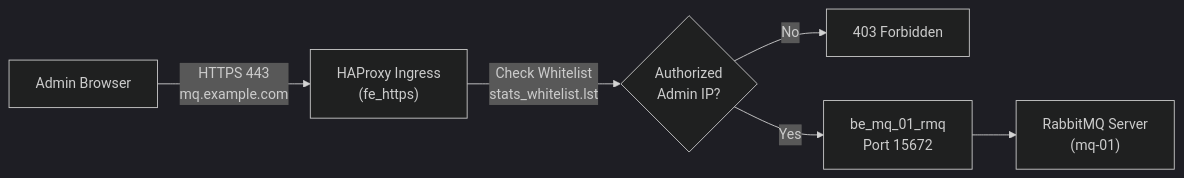
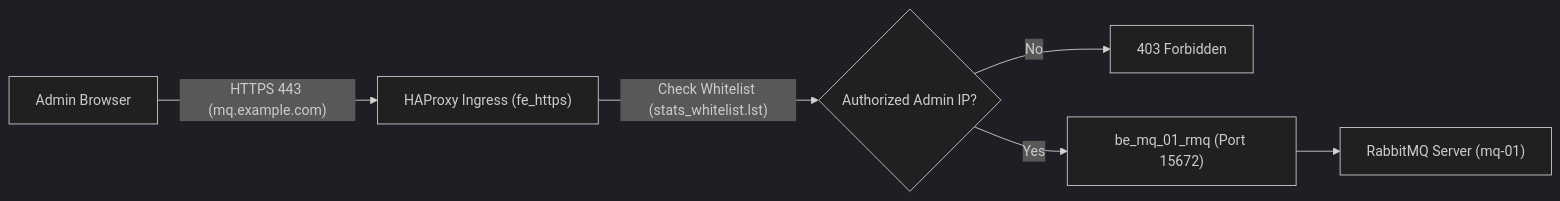
The diagram in docs/cache-and-queue-architecture.md (RedKrieg/infrastructure-maintenance), drawn with Mermaid (dark theme) before and after one commit. The commit also changed 25 other files, not shown here.

Commit message:
Fix Mermaid, math, code fence, and ASCII diagram rendering across docs

````diff
--- a/docs/cache-and-queue-architecture.md
+++ b/docs/cache-and-queue-architecture.md
@@ -113,8 +113,8 @@
 ```mermaid
 flowchart LR
-    Client["Admin Browser"] -->|HTTPS 443<br>mq.example.com| HAProxy["HAProxy Ingress<br>(fe_https)"]
-    HAProxy -->|Check Whitelist<br>stats_whitelist.lst| ACL{"Authorized<br>Admin IP?"}
-    ACL -->|No| Reject["403 Forbidden"]
-    ACL -->|Yes| MQBackend["be_mq_01_rmq<br>Port 15672"]
-    MQBackend --> RMQ["RabbitMQ Server<br>(mq-01)"]
+    Client["Admin Browser"] -->|"HTTPS 443 (mq.example.com)"| HAProxy["HAProxy Ingress (fe_https)"]
+    HAProxy -->|"Check Whitelist (stats_whitelist.lst)"| ACL{"Authorized Admin IP?"}
+    ACL -->|"No"| Reject["403 Forbidden"]
+    ACL -->|"Yes"| MQBackend["be_mq_01_rmq (Port 15672)"]
+    MQBackend --> RMQ["RabbitMQ Server (mq-01)"]
 ```
````
